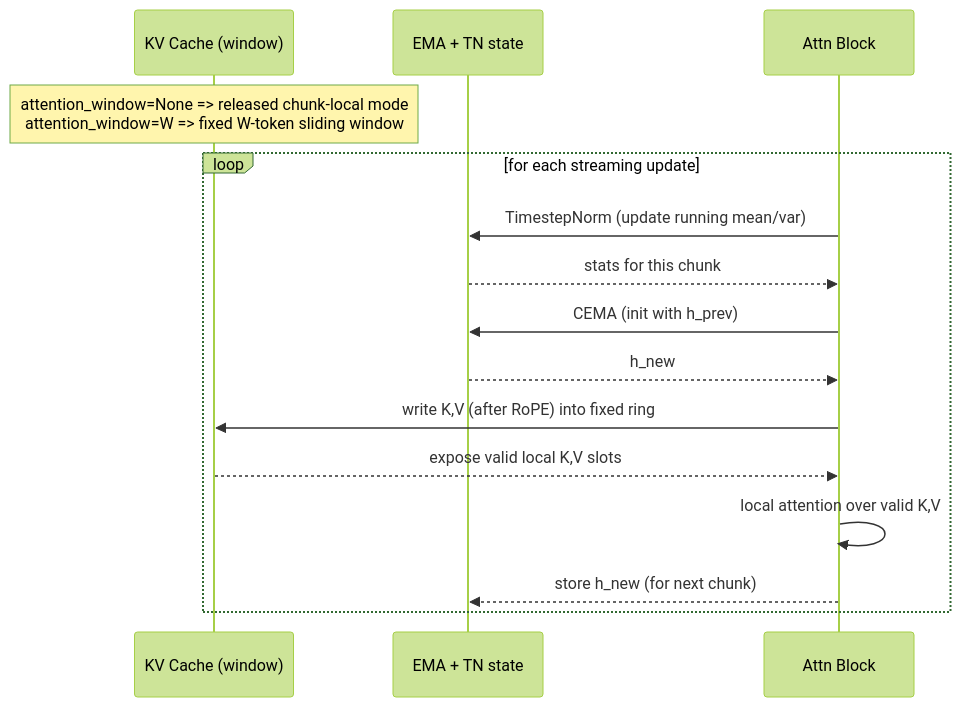
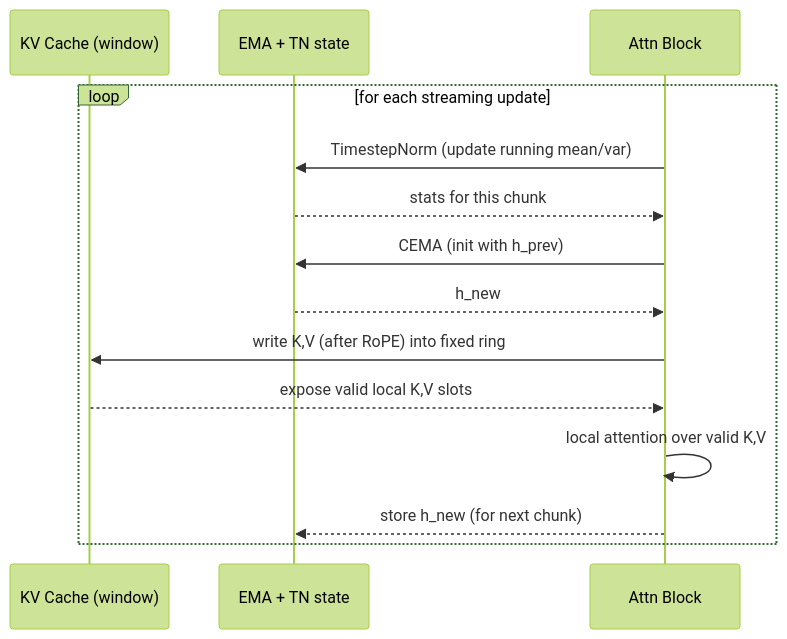
One commit to pszemraj/megalodon-jax changed the second of 2 diagrams in docs/long-context-streaming.md. Above: the diagram before and after it, drawn with Mermaid (forest theme). The commit also changed other lines of this file and 16 other files, not shown here.

````diff
--- a/docs/long-context-streaming.md
+++ b/docs/long-context-streaming.md
@@ -55,18 +54,17 @@
 ```mermaid
 sequenceDiagram
     participant Cache as KV Cache (window)
     participant State as EMA + TN state
     participant Block as Attn Block
-    Note over Cache: attention_window=None => released chunk-local mode<br/>attention_window=W => fixed W-token sliding window
 
-    Loop for each streaming update
+    loop for each streaming update
         Block->>State: TimestepNorm (update running mean/var)
         State-->>Block: stats for this chunk
         Block->>State: CEMA (init with h_prev)
         State-->>Block: h_new
         Block->>Cache: write K,V (after RoPE) into fixed ring
         Cache-->>Block: expose valid local K,V slots
         Block->>Block: local attention over valid K,V
         Block-->>State: store h_new (for next chunk)
     end
 ```
````
